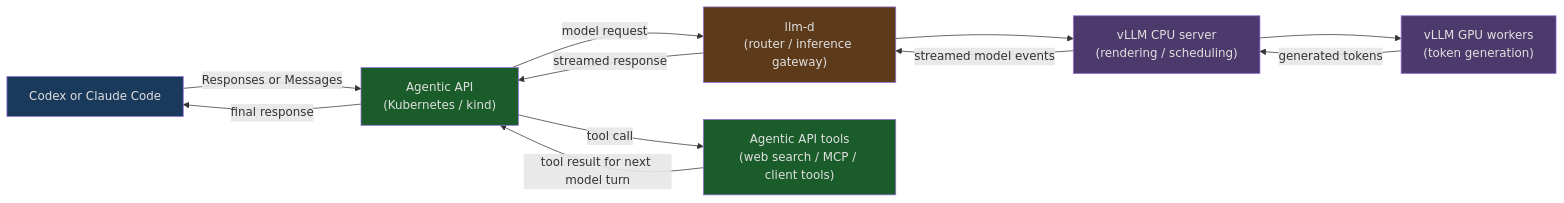
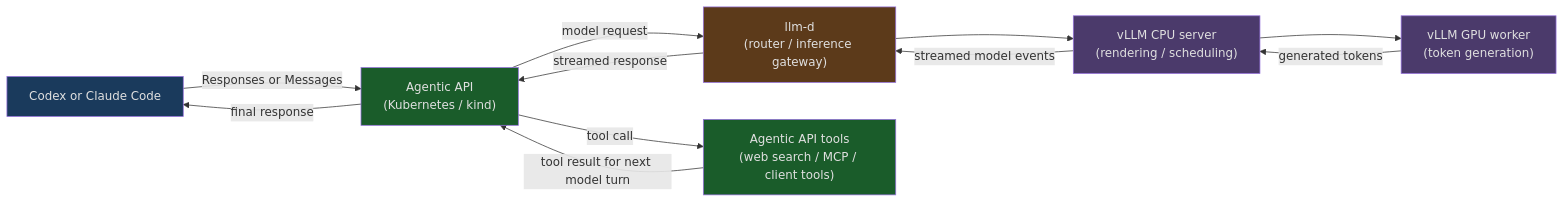
The diagram in docs/deploying/README.md (StevenWang-CY/agentic-api), drawn with Mermaid before and after one commit.

Commit message:
docs: simplify vLLM topology diagram

````diff
--- a/docs/deploying/README.md
+++ b/docs/deploying/README.md
@@ -22,29 +22,29 @@
 ```mermaid
 flowchart LR
     C["Codex or Claude Code"]
     A["Agentic API\n(Kubernetes / kind)"]
     L["llm-d\n(router / inference gateway)"]
     VC["vLLM CPU server\n(rendering / scheduling)"]
-    VG["vLLM GPU workers\n(token generation)"]
+    VG["vLLM GPU worker\n(token generation)"]
     T["Agentic API tools\n(web search / MCP / client tools)"]
 
     C -->|"Responses or Messages"| A
     A -->|"model request"| L
     L --> VC
     VC --> VG
     VG -->|"generated tokens"| VC
     VC -->|"streamed model events"| L
     L -->|"streamed response"| A
     A -->|"tool call"| T
     T -->|"tool result for next model turn"| A
     A -->|"final response"| C
 
     classDef client fill:#1a3a5c,color:#e0e0e0
     classDef gateway fill:#1a5c2a,color:#e0e0e0
     classDef router fill:#5c3a1a,color:#e0e0e0
     classDef worker fill:#4b3a6b,color:#e0e0e0
     class C client
     class A,T gateway
     class L router
     class VC,VG worker
 ```
````
